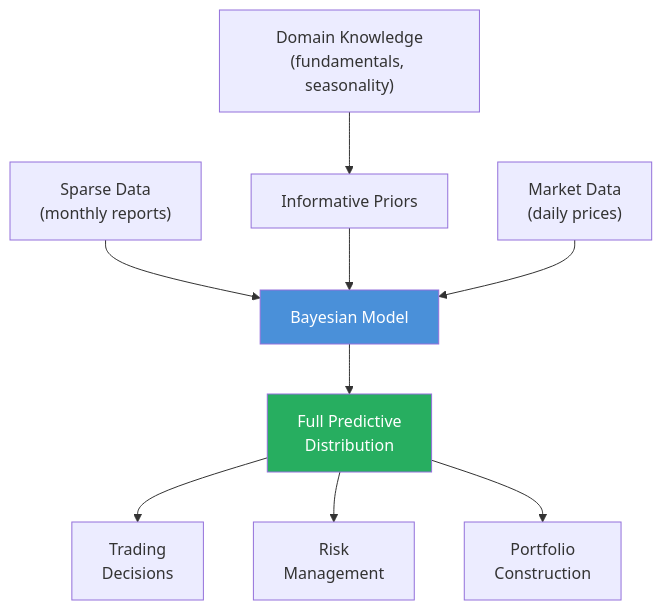
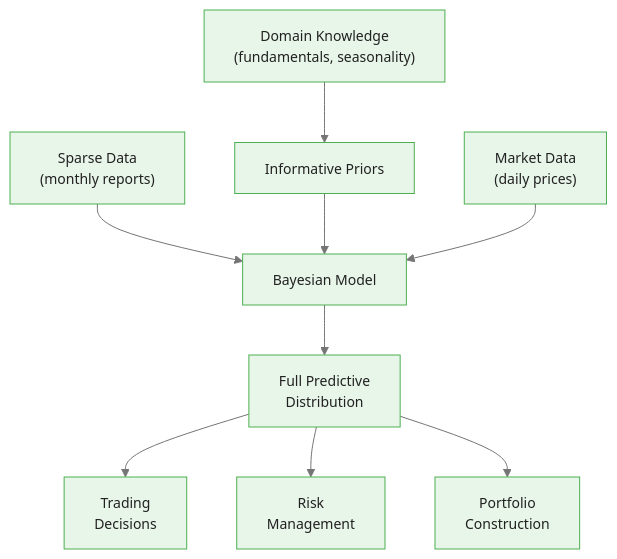
The fifth of 6 diagrams in courses/bayesian-commodity-forecasting/modules/module_00_foundations/guides/02_commodity_markets_intro_slides.md (m-deane/course-creator), drawn with Mermaid before and after one commit. The commit also changed other lines of this file and 104 other files, not shown here.

````diff
--- a/courses/bayesian-commodity-forecasting/modules/module_00_foundations/guides/02_commodity_markets_intro_slides.md
+++ b/courses/bayesian-commodity-forecasting/modules/module_00_foundations/guides/02_commodity_markets_intro_slides.md
@@ -400,13 +414,12 @@
 ```mermaid
+%%{init: {"theme": "base", "themeVariables": {"primaryColor": "#e8f5e9", "primaryBorderColor": "#4caf50", "primaryTextColor": "#212121", "secondaryColor": "#e3f2fd", "tertiaryColor": "#fff8e1", "lineColor": "#757575", "fontFamily": "Inter, sans-serif", "fontSize": "14px"}}}%%
 flowchart TD
     DK["Domain Knowledge\n(fundamentals, seasonality)"] --> Prior["Informative Priors"]
     SD["Sparse Data\n(monthly reports)"] --> BM["Bayesian Model"]
     Prior --> BM
     MD["Market Data\n(daily prices)"] --> BM
     BM --> PD["Full Predictive\nDistribution"]
     PD --> TD["Trading\nDecisions"]
     PD --> RM["Risk\nManagement"]
     PD --> PC["Portfolio\nConstruction"]
-    style BM fill:#4a90d9,color:#fff
-    style PD fill:#27ae60,color:#fff
 ```
````
